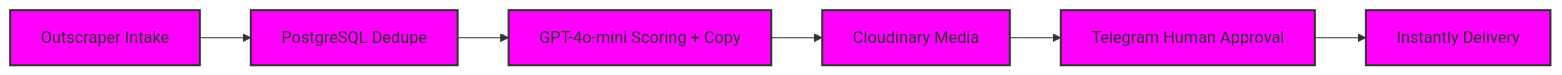
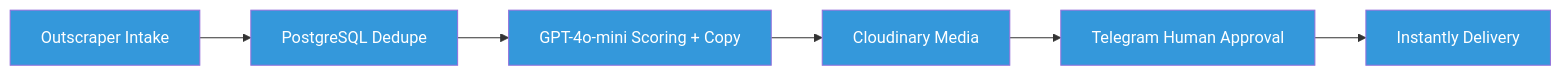
One commit to mdsadrhoman123-stack/review-outreach-pipeline changed the diagram in README.md. Above: the diagram before and after it, drawn with Mermaid. The commit also changed other lines of this file, not shown here.

````diff
--- a/README.md
+++ b/README.md
@@ -26,11 +64,11 @@
 ```mermaid
 flowchart LR
     A[Outscraper Intake] --> B[PostgreSQL Dedupe]
     B --> C[GPT-4o-mini Scoring + Copy]
     C --> D[Cloudinary Media]
     D --> E[Telegram Human Approval]
     E --> F[Instantly Delivery]
 
-    classDef magenta fill:#FF00FF,stroke:#333,stroke-width:2px;
-    class A,B,C,D,E,F magenta
+    classDef blue fill:#3498db,color:#fff
+    class A,B,C,D,E,F blue
 ```
````
